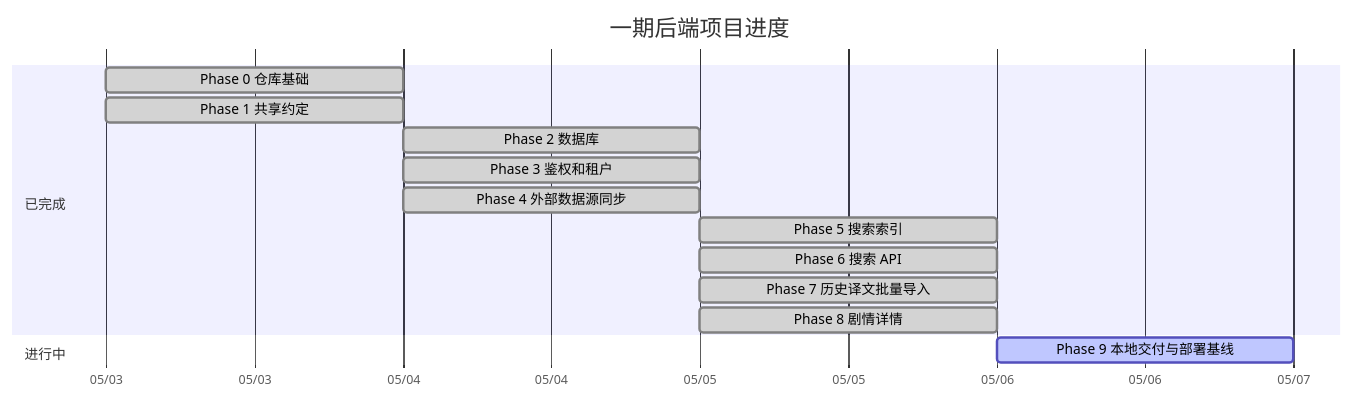
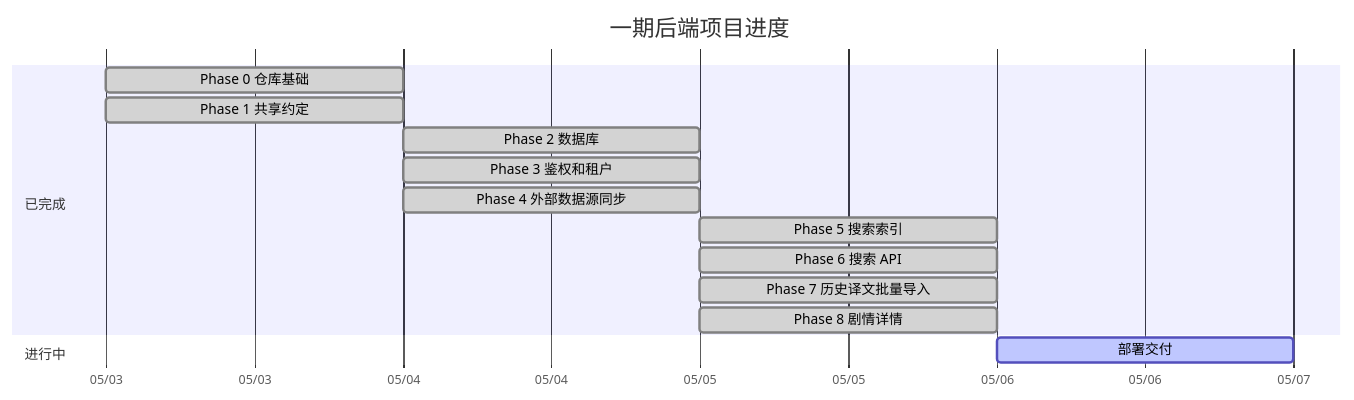
The diagram in README.md (Cinea4678/SekaiPlatform), drawn with Mermaid before and after one commit. The commit also changed other lines of this file and 6 other files, not shown here.

````diff
--- a/README.md
+++ b/README.md
@@ -9,20 +9,20 @@
 ```mermaid
 gantt
     title 一期后端项目进度
     dateFormat  YYYY-MM-DD
     axisFormat  %m/%d
 
     section 已完成
     Phase 0 仓库基础           :done, p0, 2026-05-03, 1d
     Phase 1 共享约定           :done, p1, 2026-05-03, 1d
     Phase 2 数据库             :done, p2, 2026-05-04, 1d
     Phase 3 鉴权和租户         :done, p3, 2026-05-04, 1d
     Phase 4 外部数据源同步     :done, p4, 2026-05-04, 1d
     Phase 5 搜索索引           :done, p5, 2026-05-05, 1d
     Phase 6 搜索 API           :done, p6, 2026-05-05, 1d
     Phase 7 历史译文批量导入   :done, p7, 2026-05-05, 1d
     Phase 8 剧情详情           :done, p8, 2026-05-05, 1d
 
     section 进行中
-    Phase 9 本地交付与部署基线 :active, p9, after p8, 1d
+    部署交付                 :active, deploy, after p8, 1d
 ```
````
